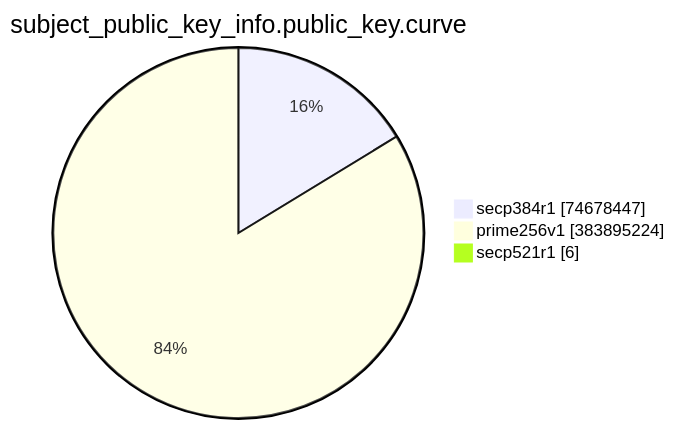
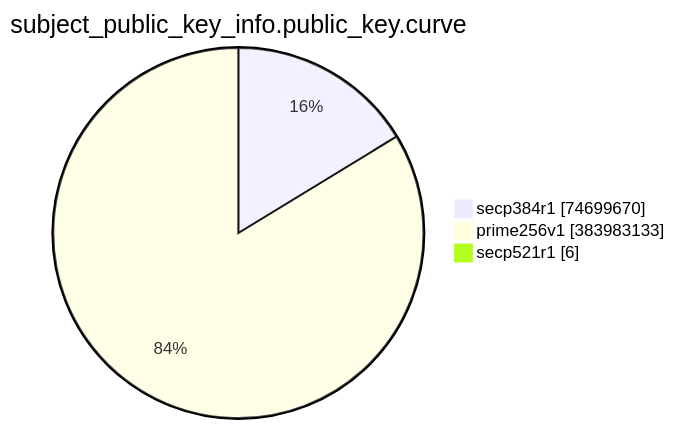
Before and after one commit to christiankrug/ctmonitor_visualization: the eighth of 15 diagrams in TOTAL/README.md, drawn with Mermaid. The commit also changed other lines of this file, not shown here.

````diff
--- a/TOTAL/README.md
+++ b/TOTAL/README.md
@@ -3094,7 +3094,7 @@
 ```mermaid
 pie showData
 title subject_public_key_info.public_key.curve
-"secp384r1" :74678447
-"prime256v1" :383895224
+"secp384r1" :74699670
+"prime256v1" :383983133
 "secp521r1" :6
 ```
````
